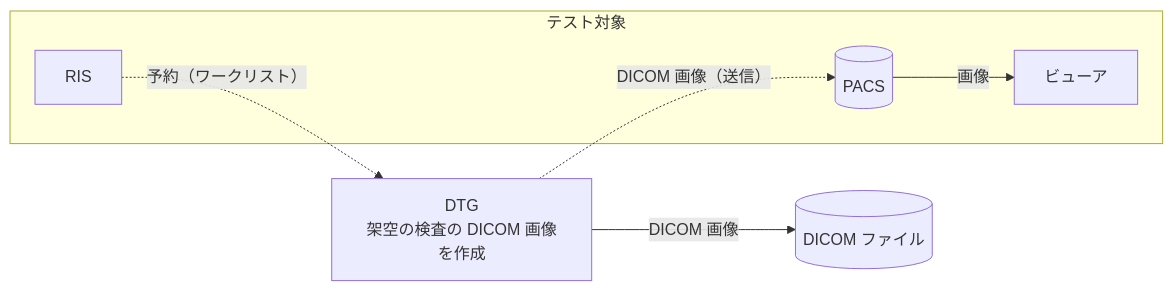
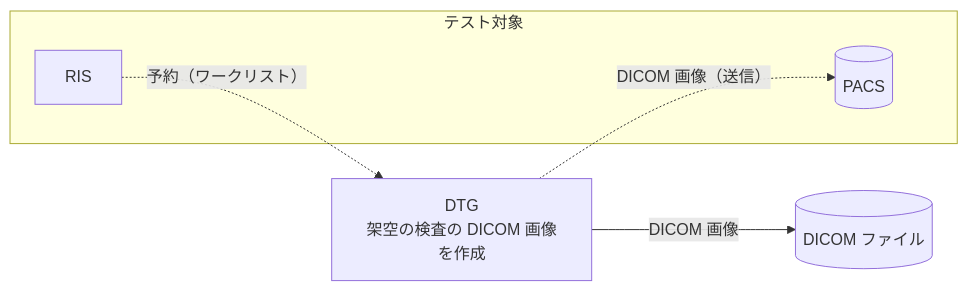
The diagram in README.md (jeysunit/dicom-test-generator), drawn with Mermaid before and after one commit. The commit also changed 1 other file, not shown here.

Commit message:
docs: 図から DTG と直接やり取りしない相手を外す
README の概要図からビューアを外し、DTG と直接データをやり取りする PACS・RIS と、
作成した DICOM ファイルだけを描いた。architecture.md のテスト構成図は、全体の図と
同じ内容になるので削除し、PACS と RIS は利用者が用意すると本文に書いた。

Claude-Session: https://claude.ai/code/session_01DcA3jMCoXaGxhZmortBwLG

````diff
--- a/README.md
+++ b/README.md
@@ -13,15 +13,13 @@
 ```mermaid
 flowchart LR
   DTG["DTG<br/>架空の検査の DICOM 画像を作成"]
   FILES[("DICOM ファイル")]
   subgraph TARGET["テスト対象"]
     PACS[("PACS")]
     RIS["RIS"]
-    VIEWER["ビューア"]
   end
 
   DTG -->|"DICOM 画像"| FILES
   DTG -.->|"DICOM 画像（送信）"| PACS
   RIS -.->|"予約（ワークリスト）"| DTG
-  PACS -->|"画像"| VIEWER
 ```
````
